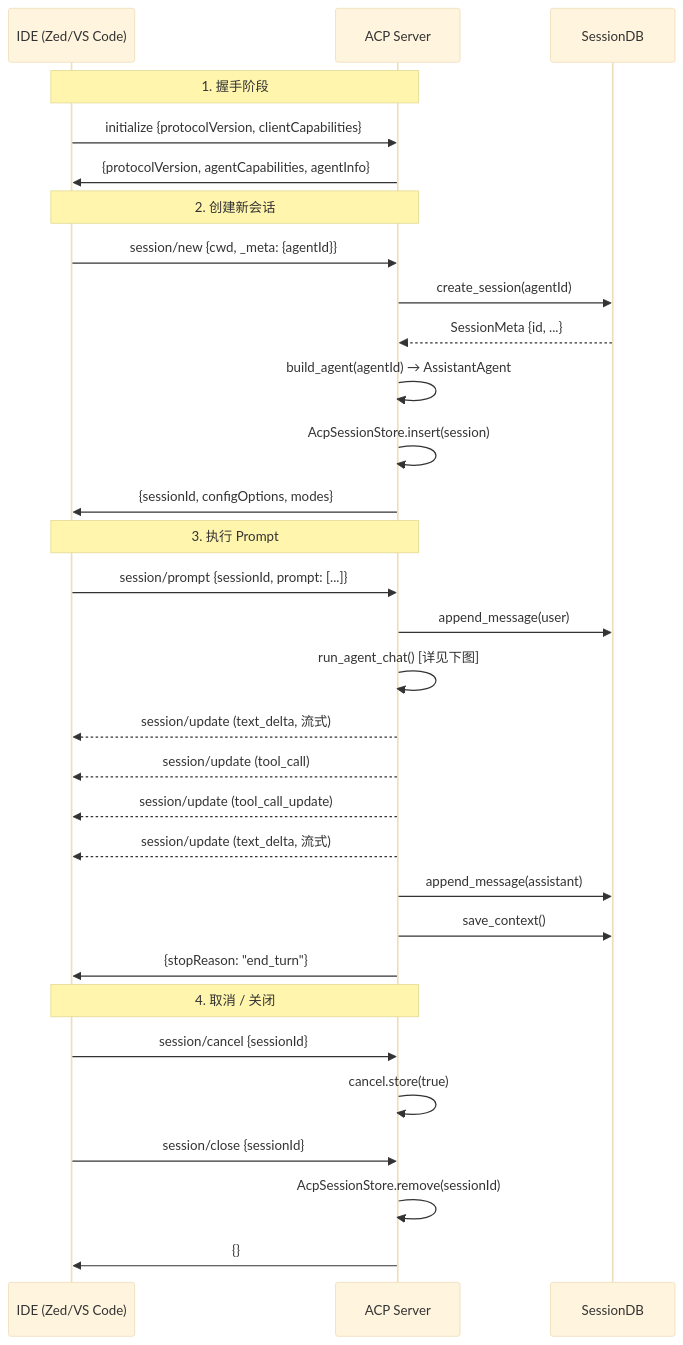
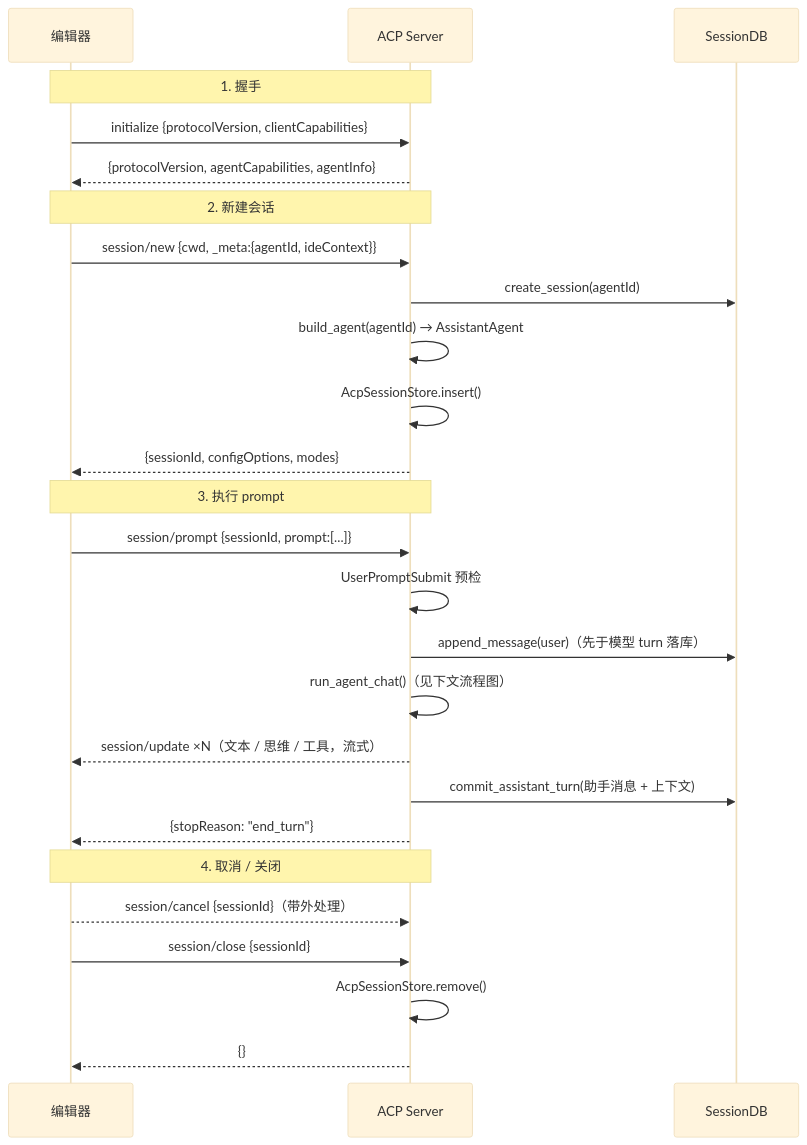
Before and after one commit to shiwenwen/hope-agent: the fifth of 10 diagrams in docs/architecture/acp.md, drawn with Mermaid (base theme). The commit also changed other lines of this file and 11 other files, not shown here.

````diff
--- a/docs/architecture/acp.md
+++ b/docs/architecture/acp.md
@@ -201,38 +223,32 @@
 ```mermaid
 sequenceDiagram
-    participant IDE as IDE (Zed/VS Code)
+    participant IDE as 编辑器
     participant ACP as ACP Server
     participant DB as SessionDB
 
-    Note over IDE,ACP: 1. 握手阶段
+    Note over IDE,ACP: 1. 握手
     IDE->>ACP: initialize {protocolVersion, clientCapabilities}
-    ACP->>IDE: {protocolVersion, agentCapabilities, agentInfo}
+    ACP-->>IDE: {protocolVersion, agentCapabilities, agentInfo}
 
-    Note over IDE,ACP: 2. 创建新会话
-    IDE->>ACP: session/new {cwd, _meta: {agentId}}
+    Note over IDE,ACP: 2. 新建会话
+    IDE->>ACP: session/new {cwd, _meta:{agentId, ideContext}}
     ACP->>DB: create_session(agentId)
-    DB-->>ACP: SessionMeta {id, ...}
     ACP->>ACP: build_agent(agentId) → AssistantAgent
-    ACP->>ACP: AcpSessionStore.insert(session)
-    ACP->>IDE: {sessionId, configOptions, modes}
+    ACP->>ACP: AcpSessionStore.insert()
+    ACP-->>IDE: {sessionId, configOptions, modes}
 
-    Note over IDE,ACP: 3. 执行 Prompt
-    IDE->>ACP: session/prompt {sessionId, prompt: [...]}
-    ACP->>DB: append_message(user)
-    ACP->>ACP: run_agent_chat() [详见下图]
-    ACP-->>IDE: session/update (text_delta, 流式)
-    ACP-->>IDE: session/update (tool_call)
-    ACP-->>IDE: session/update (tool_call_update)
-    ACP-->>IDE: session/update (text_delta, 流式)
-    ACP->>DB: append_message(assistant)
-    ACP->>DB: save_context()
-    ACP->>IDE: {stopReason: "end_turn"}
+    Note over IDE,ACP: 3. 执行 prompt
+    IDE->>ACP: session/prompt {sessionId, prompt:[...]}
+    ACP->>ACP: UserPromptSubmit 预检
+    ACP->>DB: append_message(user)（先于模型 turn 落库）
+    ACP->>ACP: run_agent_chat()（见下文流程图）
+    ACP-->>IDE: session/update ×N（文本 / 思维 / 工具，流式）
+    ACP->>DB: commit_assistant_turn(助手消息 + 上下文)
+    ACP-->>IDE: {stopReason: "end_turn"}
 
     Note over IDE,ACP: 4. 取消 / 关闭
-    IDE->>ACP: session/cancel {sessionId}
-    ACP->>ACP: cancel.store(true)
-
+    IDE-->>ACP: session/cancel {sessionId}（带外处理）
     IDE->>ACP: session/close {sessionId}
-    ACP->>ACP: AcpSessionStore.remove(sessionId)
-    ACP->>IDE: {}
+    ACP->>ACP: AcpSessionStore.remove()
+    ACP-->>IDE: {}
 ```
````
